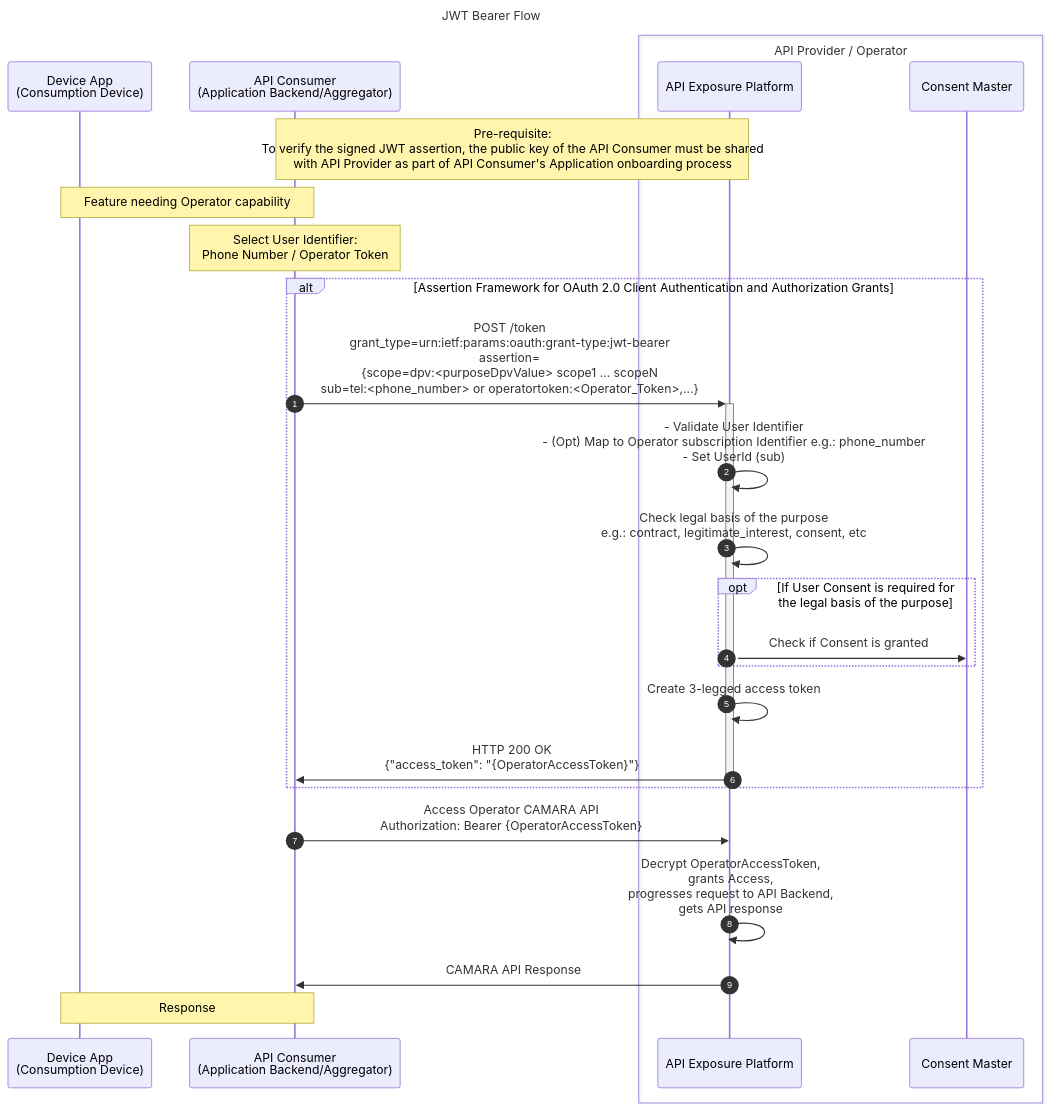
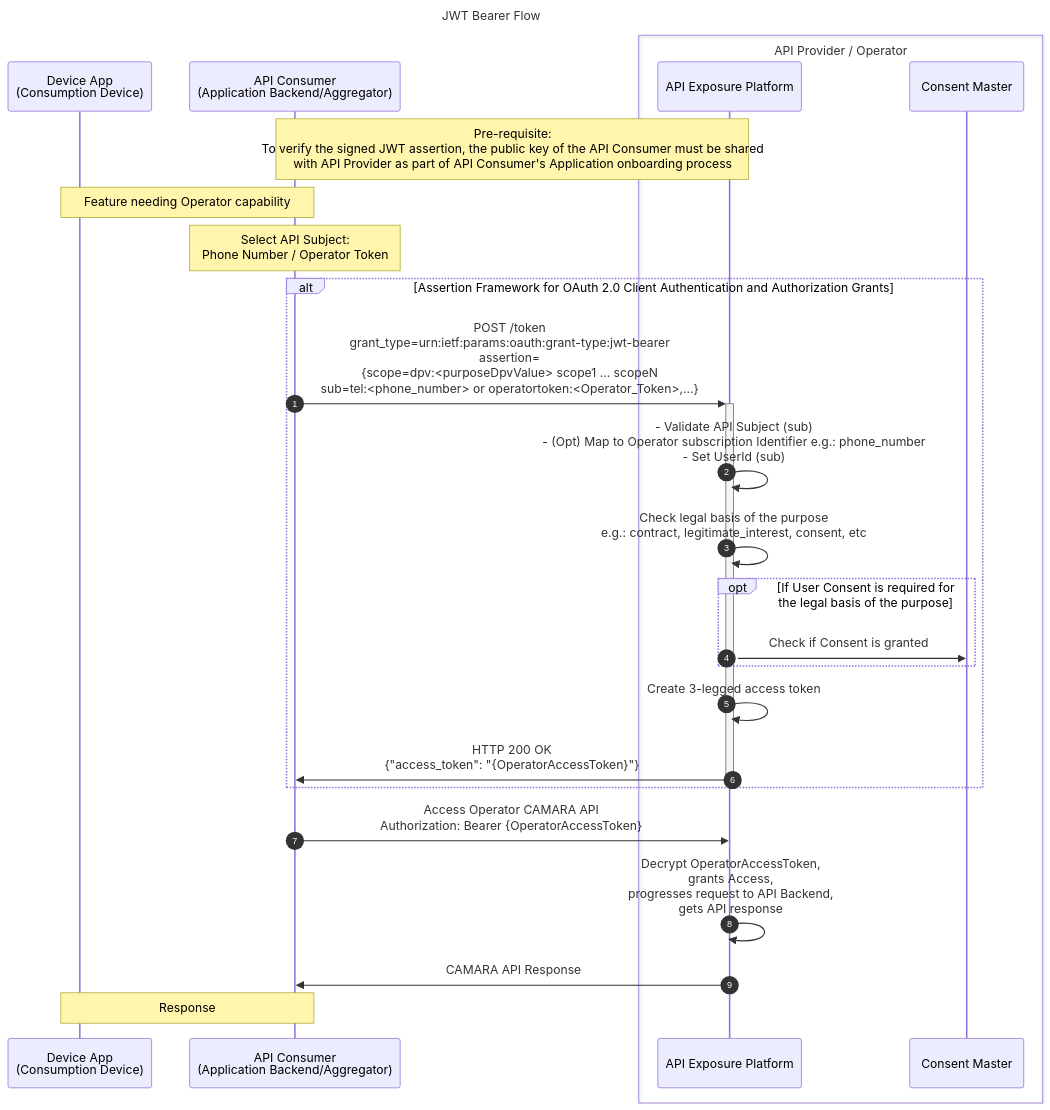
One commit to camaraproject/IdentityAndConsentManagement changed the fourth of 4 diagrams in documentation/CAMARA-API-access-and-user-consent.md. Above: the diagram before and after it, drawn with Mermaid. The commit also changed other lines of this file and 1 other file, not shown here.

````diff
--- a/documentation/CAMARA-API-access-and-user-consent.md
+++ b/documentation/CAMARA-API-access-and-user-consent.md
@@ -355,29 +355,29 @@
 ```mermaid
 sequenceDiagram
 autonumber
 title JWT Bearer Flow
 participant FE as Device App<br>(Consumption Device)
 participant BE as API Consumer<br>(Application Backend/Aggregator)
 box API Provider / Operator
   participant ExpO as API Exposure Platform  
   participant Consent as Consent Master
 end
 Note over BE,ExpO: Pre-requisite:<br> To verify the signed JWT assertion, the public key of the API Consumer must be shared<br> with API Provider as part of API Consumer's Application onboarding process
 Note over FE,BE: Feature needing Operator capability  
-Note over BE: Select User Identifier:<br> Phone Number / Operator Token
+Note over BE: Select API Subject:<br> Phone Number / Operator Token
 
 alt Assertion Framework for OAuth 2.0 Client Authentication and Authorization Grants
     BE->>+ExpO: POST /token<br>grant_type=urn:ietf:params:oauth:grant-type:jwt-bearer<br>assertion=<br>{scope=dpv:<purposeDpvValue> scope1 ... scopeN<br>sub=tel:<phone_number> or operatortoken:<Operator_Token>,...}
-    ExpO->>ExpO: - Validate User Identifier<br>- (Opt) Map to Operator subscription Identifier e.g.: phone_number<br>- Set UserId (sub)
+    ExpO->>ExpO: - Validate API Subject (sub)<br>- (Opt) Map to Operator subscription Identifier e.g.: phone_number<br>- Set UserId (sub)
     ExpO->>ExpO: Check legal basis of the purpose<br>e.g.: contract, legitimate_interest, consent, etc
     opt If User Consent is required for the legal basis of the purpose  
         ExpO->>Consent: Check if Consent is granted
     end
     ExpO->>ExpO: Create 3-legged access token
     ExpO->>-BE: HTTP 200 OK<br>{"access_token": "{OperatorAccessToken}"}
 end
 BE->>ExpO: Access Operator CAMARA API<br>Authorization: Bearer {OperatorAccessToken}    
 ExpO->>ExpO: Decrypt OperatorAccessToken,<br>grants Access,<br>progresses request to API Backend,<br>gets API response  
 ExpO->>BE: CAMARA API Response
 Note over BE,FE: Response
 ```
````
